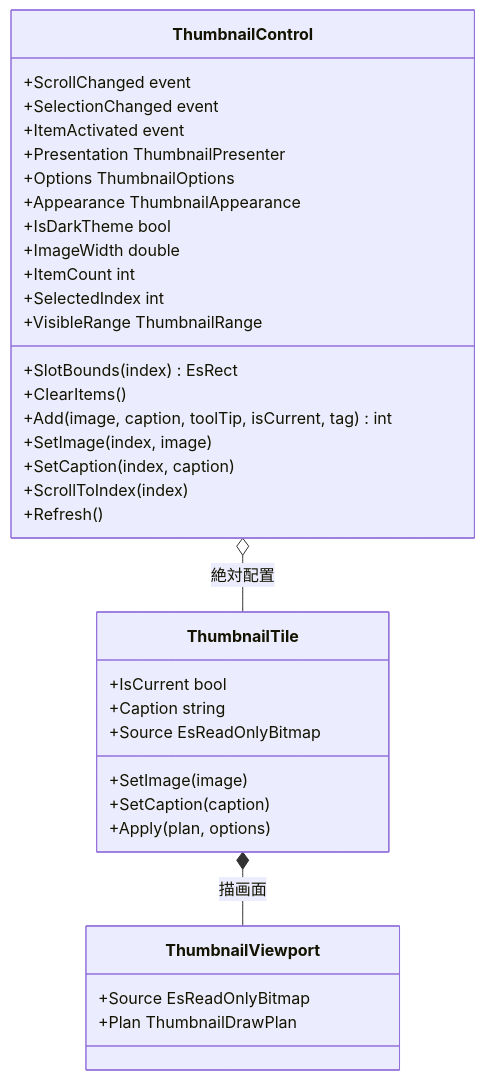
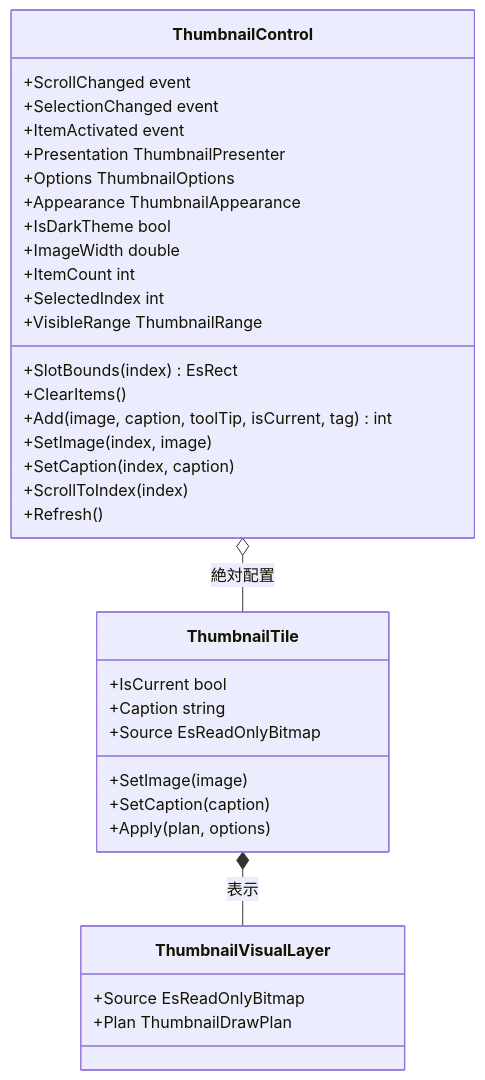
Before and after one commit to tomokuni/EsUtil: the second of 3 diagrams in EsUtil.Ui.WinUI3/Thumbnail/docs/SPEC_System.md, drawn with Mermaid. The commit also changed other lines of this file and 72 other files, not shown here.

````diff
--- a/EsUtil.Ui.WinUI3/Thumbnail/docs/SPEC_System.md
+++ b/EsUtil.Ui.WinUI3/Thumbnail/docs/SPEC_System.md
@@ -109,38 +109,38 @@
 ```mermaid
 classDiagram
     class ThumbnailControl {
         +ScrollChanged event
         +SelectionChanged event
         +ItemActivated event
         +Presentation ThumbnailPresenter
         +Options ThumbnailOptions
         +Appearance ThumbnailAppearance
         +IsDarkTheme bool
         +ImageWidth double
         +ItemCount int
         +SelectedIndex int
         +VisibleRange ThumbnailRange
         +SlotBounds(index) EsRect
         +ClearItems()
         +Add(image, caption, toolTip, isCurrent, tag) int
         +SetImage(index, image)
         +SetCaption(index, caption)
         +ScrollToIndex(index)
         +Refresh()
     }
     class ThumbnailTile {
         +IsCurrent bool
         +Caption string
         +Source EsReadOnlyBitmap
         +SetImage(image)
         +SetCaption(caption)
         +Apply(plan, options)
     }
-    class ThumbnailViewport {
+    class ThumbnailVisualLayer {
         +Source EsReadOnlyBitmap
         +Plan ThumbnailDrawPlan
     }
 
     ThumbnailControl o-- ThumbnailTile : 絶対配置
-    ThumbnailTile *-- ThumbnailViewport : 描画面
+    ThumbnailTile *-- ThumbnailVisualLayer : 表示
 ```
````
